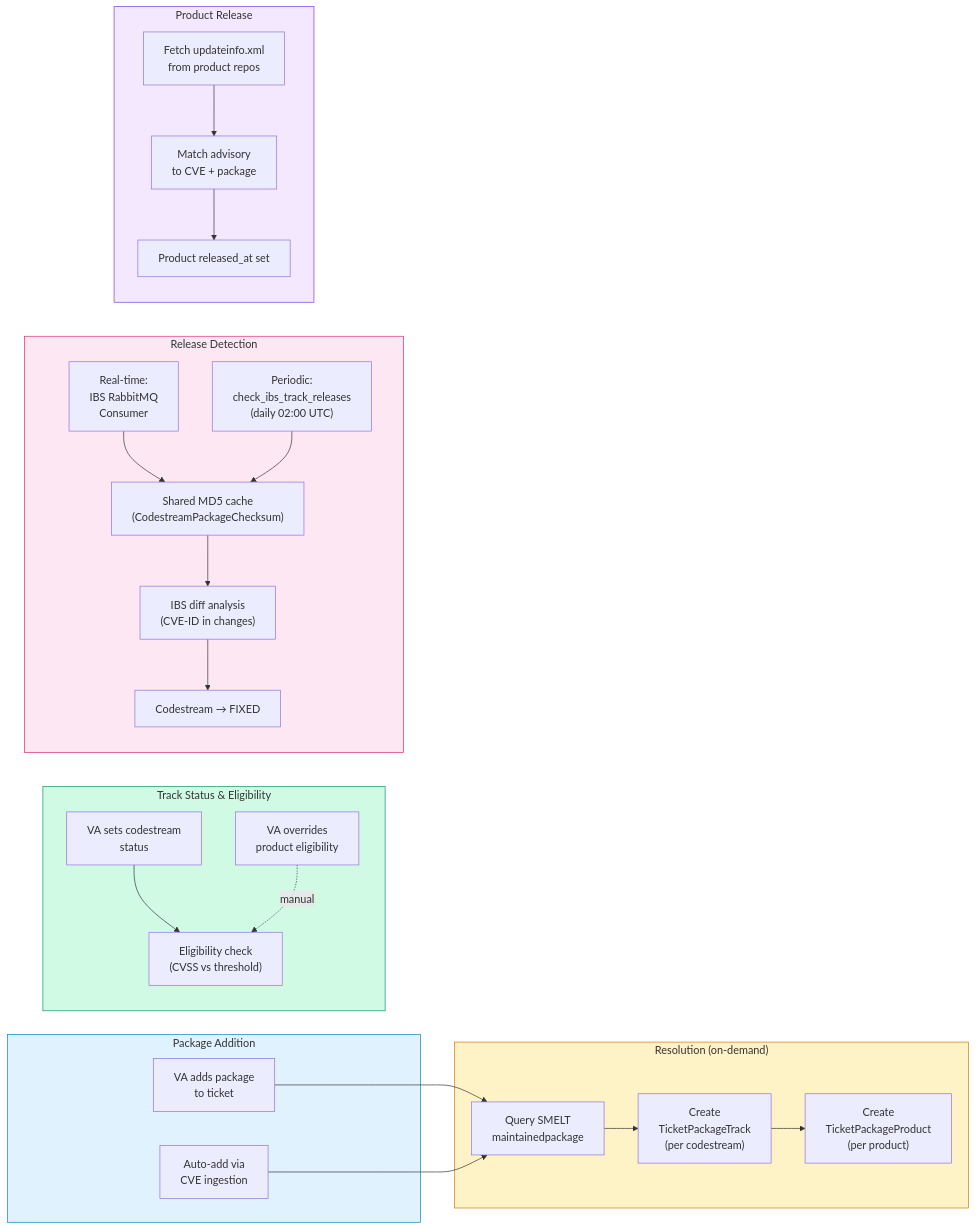
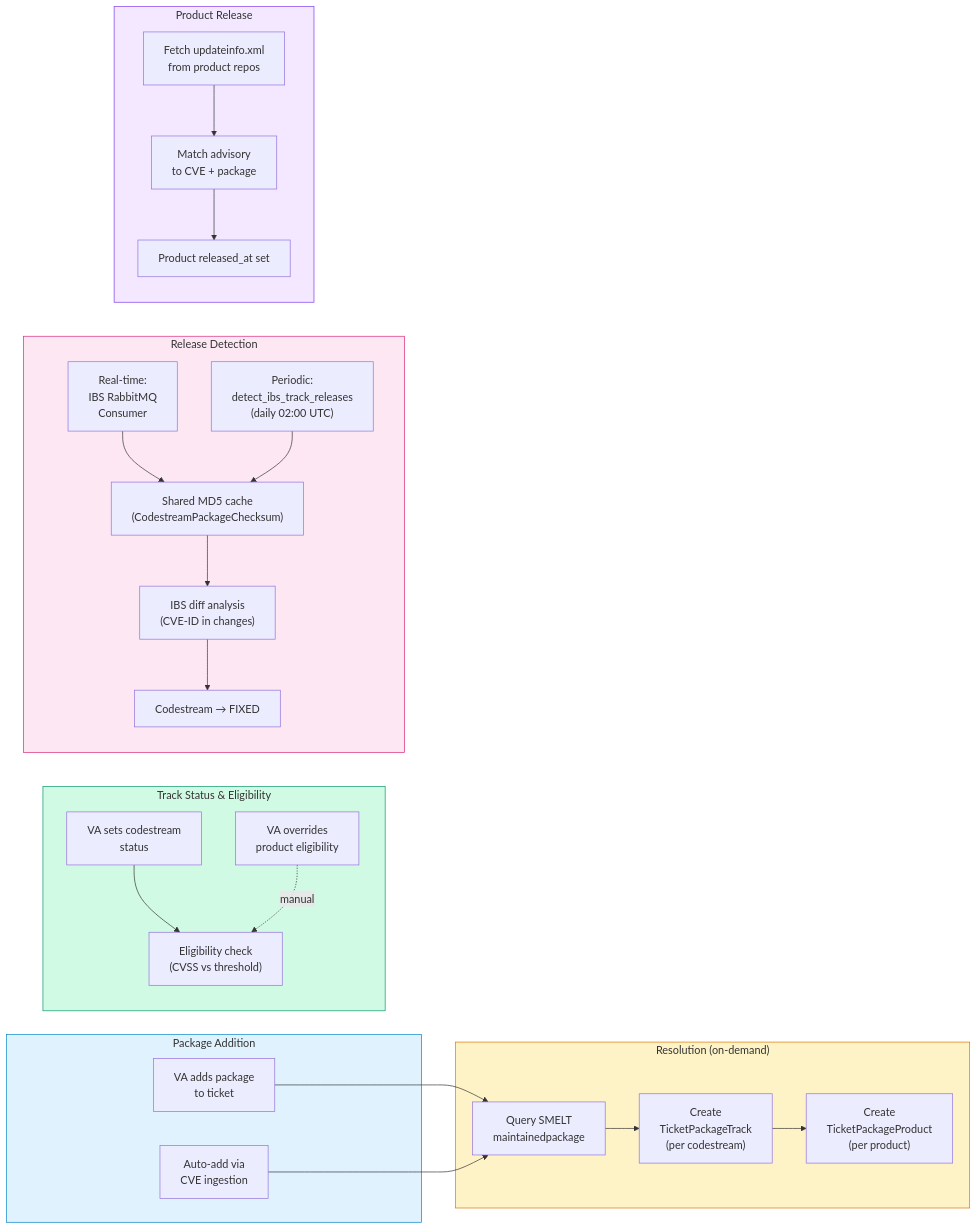
Before and after one commit to StayPirate/STAMP: the fourth of 7 diagrams in docs/system-map.md, drawn with Mermaid. The commit also changed other lines of this file and 23 other files, not shown here.

````diff
--- a/docs/system-map.md
+++ b/docs/system-map.md
@@ -484,54 +484,54 @@
 ```mermaid
 flowchart LR
     subgraph add_pkg["Package Addition"]
         VA_ADD["VA adds package<br/>to ticket"]
         CPE_MATCH["Auto-add via<br/>CVE ingestion"]
     end
 
     subgraph resolve["Resolution (on-demand)"]
         SMELT_Q["Query SMELT<br/>maintainedpackage"]
         CREATE_CS["Create<br/>TicketPackageTrack<br/>(per codestream)"]
         CREATE_PR["Create<br/>TicketPackageProduct<br/>(per product)"]
     end
 
     subgraph status["Track Status & Eligibility"]
         VA_SET["VA sets codestream<br/>status"]
         ELIG["Eligibility check<br/>(CVSS vs threshold)"]
         ELIG_OVR["VA overrides<br/>product eligibility"]
     end
 
     subgraph release["Release Detection"]
         direction TB
         RT["Real-time:<br/>IBS RabbitMQ<br/>Consumer"]
-        PERIODIC["Periodic:<br/>check_ibs_track_releases<br/>(daily 02:00 UTC)"]
+        PERIODIC["Periodic:<br/>detect_ibs_track_releases<br/>(daily 02:00 UTC)"]
         MD5["Shared MD5 cache<br/>(CodestreamPackageChecksum)"]
         DIFF["IBS diff analysis<br/>(CVE-ID in changes)"]
         CS_REL["Codestream → FIXED"]
 
         RT --> MD5
         PERIODIC --> MD5
         MD5 --> DIFF
         DIFF --> CS_REL
     end
 
     subgraph prod_release["Product Release"]
         UINFO["Fetch updateinfo.xml<br/>from product repos"]
         MATCH["Match advisory<br/>to CVE + package"]
         PR_REL["Product released_at set"]
 
         UINFO --> MATCH --> PR_REL
     end
 
     VA_ADD --> SMELT_Q
     CPE_MATCH --> SMELT_Q
     SMELT_Q --> CREATE_CS --> CREATE_PR
 
     VA_SET --> ELIG
     ELIG_OVR -.->|manual| ELIG
 
     style add_pkg fill:#e0f2fe,stroke:#0284c7
     style resolve fill:#fef3c7,stroke:#d97706
     style status fill:#d1fae5,stroke:#059669
     style release fill:#fce7f3,stroke:#db2777
     style prod_release fill:#f3e8ff,stroke:#7c3aed
 ```
````
